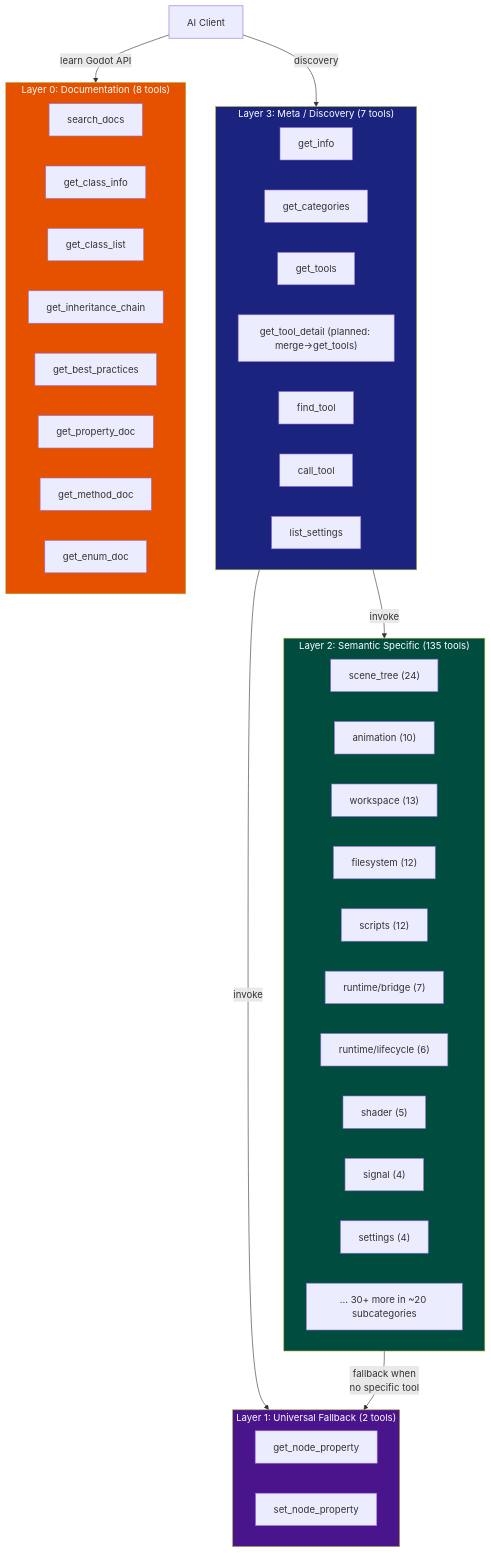
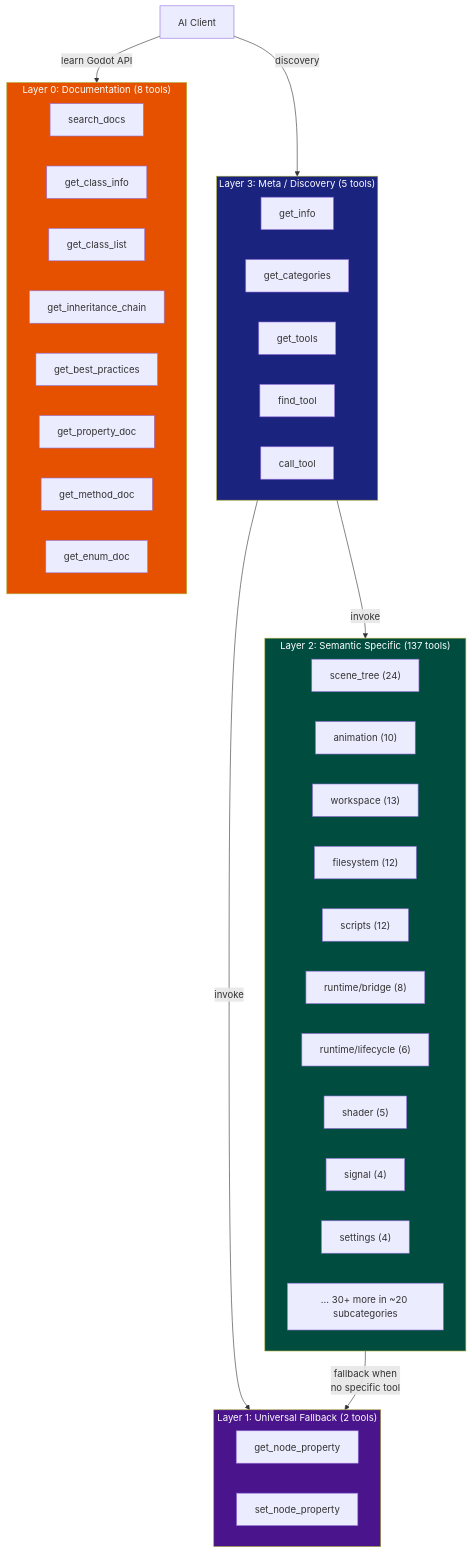
The first of 5 diagrams in .repo_wiki/concepts/tool-system-architecture.md (jesspig/GodotMCP-GDExtension), drawn with Mermaid before and after one commit. The commit also changed other lines of this file and 41 other files, not shown here.

````diff
--- a/.repo_wiki/concepts/tool-system-architecture.md
+++ b/.repo_wiki/concepts/tool-system-architecture.md
@@ -31,53 +31,51 @@
 ```mermaid
 flowchart TB
-    subgraph Meta["Layer 3: Meta / Discovery (7 tools)"]
+    subgraph Meta["Layer 3: Meta / Discovery (5 tools)"]
         M1["get_info"]
         M2["get_categories"]
         M3["get_tools"]
-        M4["get_tool_detail (planned: merge→get_tools)"]
-        M5["find_tool"]
-        M6["call_tool"]
-        M7["list_settings"]
+        M4["find_tool"]
+        M5["call_tool"]
     end
 
-    subgraph Semantic["Layer 2: Semantic Specific (135 tools)"]
+    subgraph Semantic["Layer 2: Semantic Specific (137 tools)"]
         SC["scene_tree (24)"]
         AN["animation (10)"]
         WS["workspace (13)"]
         FS["filesystem (12)"]
         SCRIPT["scripts (12)"]
-        BRIDGE["runtime/bridge (7)"]
+        BRIDGE["runtime/bridge (8)"]
         LIFE["runtime/lifecycle (6)"]
         SHADER["shader (5)"]
         SIGNAL["signal (4)"]
         SETTINGS["settings (4)"]
         MORE["... 30+ more in ~20 subcategories"]
     end
 
     subgraph Fallback["Layer 1: Universal Fallback (2 tools)"]
         F1["get_node_property"]
         F2["set_node_property"]
     end
 
     subgraph Docs["Layer 0: Documentation (8 tools)"]
         D1["search_docs"]
         D2["get_class_info"]
         D3["get_class_list"]
         D4["get_inheritance_chain"]
         D5["get_best_practices"]
         D6["get_property_doc"]
         D7["get_method_doc"]
         D8["get_enum_doc"]
     end
 
     AI["AI Client"] -->|discovery| Meta
     Meta -->|invoke| Semantic
     Meta -->|invoke| Fallback
     AI -->|learn Godot API| Docs
     Semantic -->|fallback when<br/>no specific tool| Fallback
 
     style Meta fill:#1a237e,color:#fff
     style Semantic fill:#004d40,color:#fff
     style Fallback fill:#4a148c,color:#fff
     style Docs fill:#e65100,color:#fff
 ```
````
